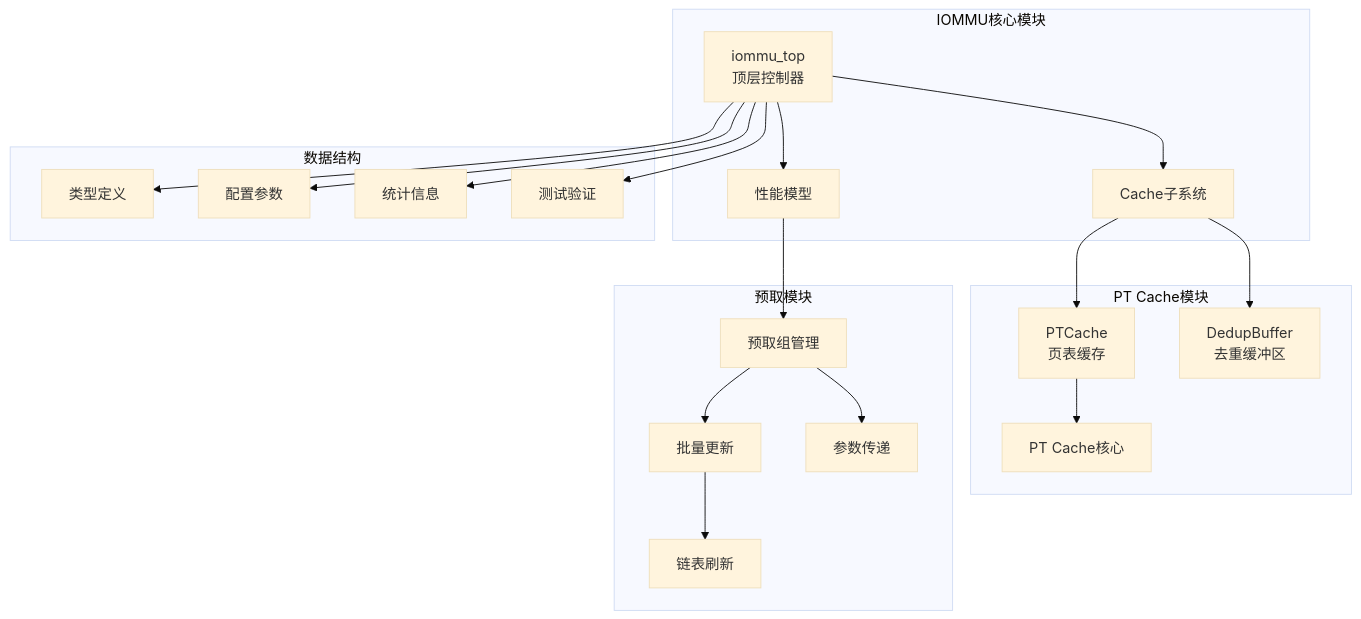
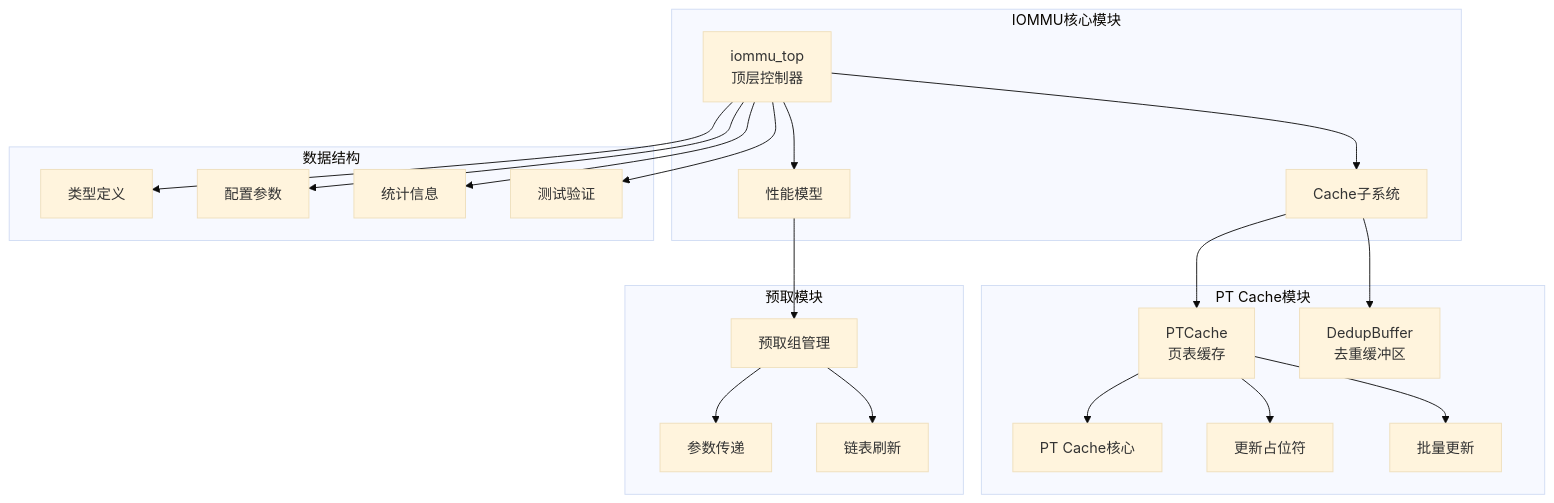
One commit to jiangjiang1122/iommu_model_20260401_v1 changed the first of 7 diagrams in .qoder/repowiki/zh/content/缓存系统架构/页表缓存(PT Cache)/PT Cache去重+预取集成.md. Above: the diagram before and after it, drawn with Mermaid (base theme). The commit also changed other lines of this file and 10 other files, not shown here.

````diff
--- a/.qoder/repowiki/zh/content/缓存系统架构/页表缓存(PT Cache)/PT Cache去重+预取集成.md
+++ b/.qoder/repowiki/zh/content/缓存系统架构/页表缓存(PT Cache)/PT Cache去重+预取集成.md
@@ -52,38 +53,40 @@
 ```mermaid
 graph TB
 subgraph "IOMMU核心模块"
 IOMMU_TOP[iommu_top<br/>顶层控制器]
 PERF_MODEL[性能模型]
 CACHE_SUB[Cache子系统]
 end
 subgraph "PT Cache模块"
 PT_CACHE[PTCache<br/>页表缓存]
 DEDUP_BUFFER[DedupBuffer<br/>去重缓冲区]
 PT_CACHE_CORE[PT Cache核心]
+UPDATE_PLACEHOLDER[更新占位符]
+BATCH_UPDATE[批量更新]
 end
 subgraph "预取模块"
 PREFETCH_GROUP[预取组管理]
-BATCH_UPDATE[批量更新]
+PARAM_PASSING[参数传递]
 FLUSH_CHAIN[链表刷新]
-PARAM_PASSING[参数传递]
 end
 subgraph "数据结构"
 TYPES[类型定义]
 CONFIG[配置参数]
 STATS[统计信息]
 TEST[测试验证]
 end
 IOMMU_TOP --> PERF_MODEL
 IOMMU_TOP --> CACHE_SUB
 CACHE_SUB --> PT_CACHE
 CACHE_SUB --> DEDUP_BUFFER
 PT_CACHE --> PT_CACHE_CORE
+PT_CACHE --> UPDATE_PLACEHOLDER
+PT_CACHE --> BATCH_UPDATE
 PERF_MODEL --> PREFETCH_GROUP
-PREFETCH_GROUP --> BATCH_UPDATE
-BATCH_UPDATE --> FLUSH_CHAIN
 PREFETCH_GROUP --> PARAM_PASSING
+PREFETCH_GROUP --> FLUSH_CHAIN
 IOMMU_TOP --> TYPES
 IOMMU_TOP --> CONFIG
 IOMMU_TOP --> STATS
 IOMMU_TOP --> TEST
 ```
````
